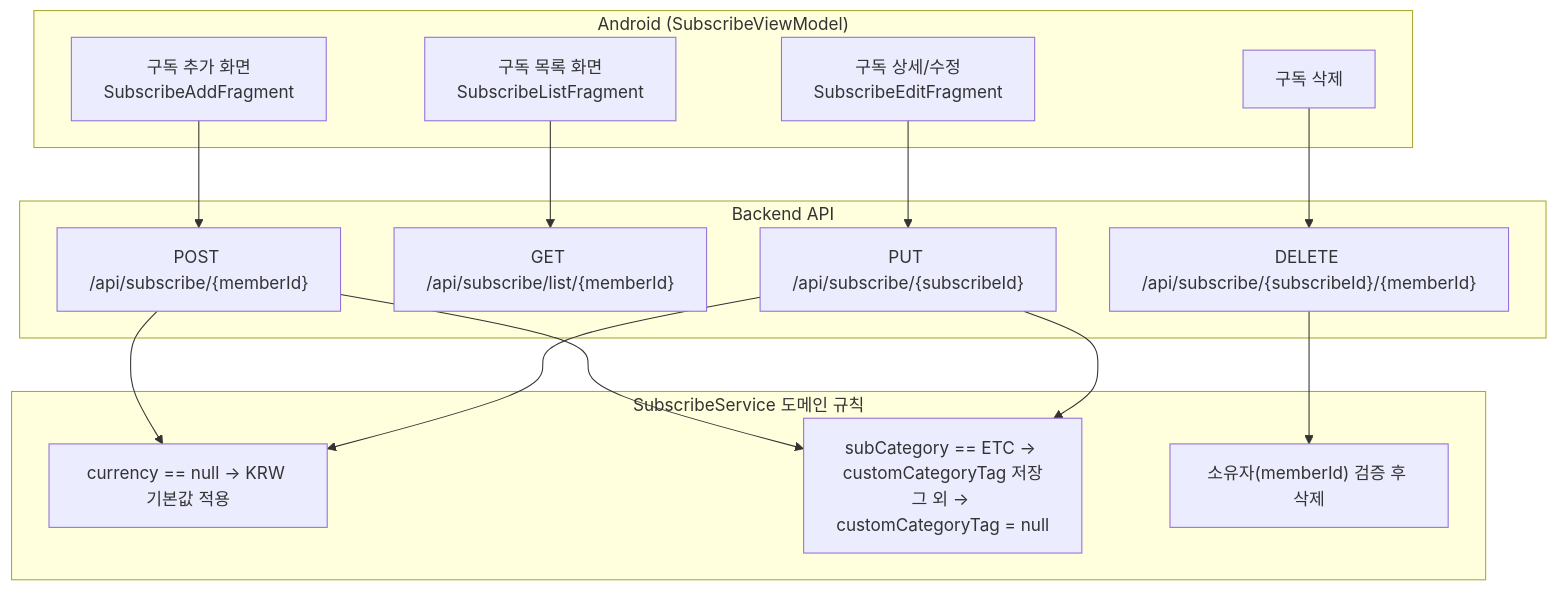
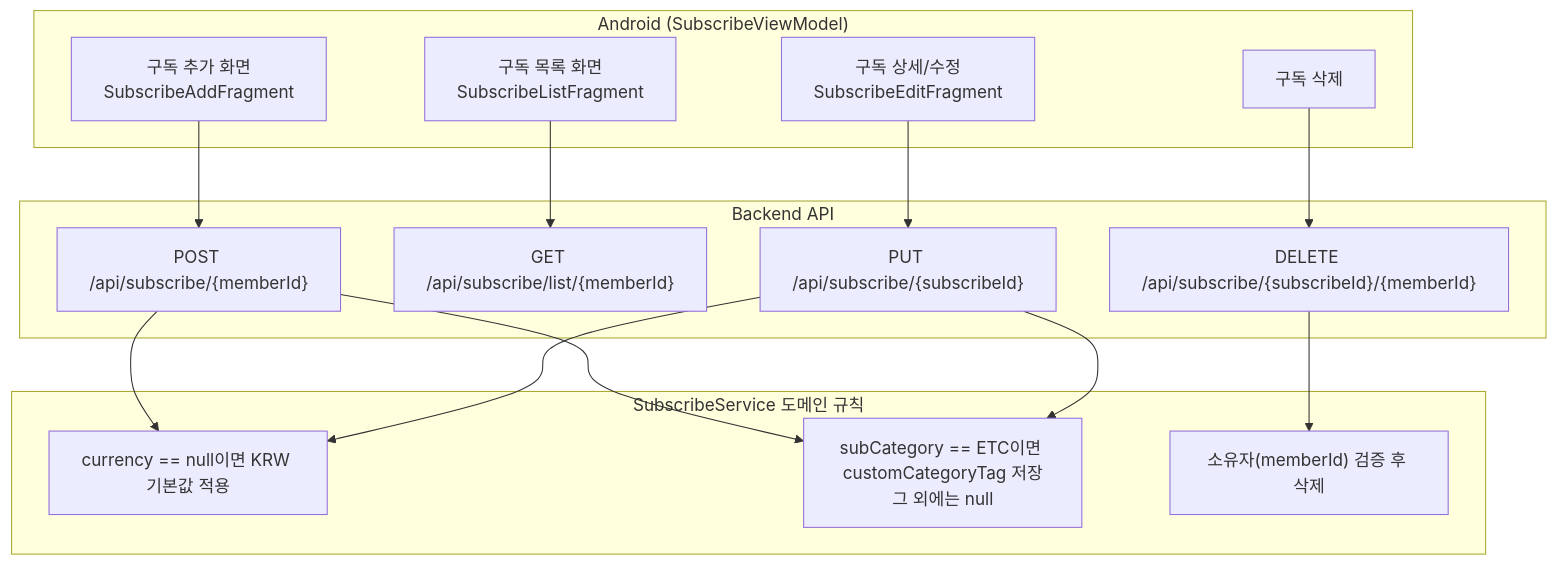
The fifth of 8 diagrams in public/flows/DalmoaFlow.md (JamongFriend/jamongfriend.github.io), drawn with Mermaid before and after one commit. The commit also changed other lines of this file and 4 other files, not shown here.

Commit message:
refactor: mermaid 스크립트 오류 수정

````diff
--- a/public/flows/DalmoaFlow.md
+++ b/public/flows/DalmoaFlow.md
@@ -153,27 +153,27 @@
 ```mermaid
 flowchart TD
     subgraph Android["Android (SubscribeViewModel)"]
         A1["구독 추가 화면\nSubscribeAddFragment"]
         A2["구독 목록 화면\nSubscribeListFragment"]
         A3["구독 상세/수정\nSubscribeEditFragment"]
         A4["구독 삭제"]
     end
 
     subgraph API["Backend API"]
         B1["POST /api/subscribe/{memberId}"]
         B2["GET /api/subscribe/list/{memberId}"]
         B3["PUT /api/subscribe/{subscribeId}"]
         B4["DELETE /api/subscribe/{subscribeId}/{memberId}"]
     end
 
     subgraph Logic["SubscribeService 도메인 규칙"]
-        C1["currency == null → KRW 기본값 적용"]
-        C2["subCategory == ETC → customCategoryTag 저장\n그 외 → customCategoryTag = null"]
+        C1["currency == null이면 KRW 기본값 적용"]
+        C2["subCategory == ETC이면 customCategoryTag 저장<br/>그 외에는 null"]
         C3["소유자(memberId) 검증 후 삭제"]
     end
 
     A1 --> B1 --> C1 & C2
     A2 --> B2
     A3 --> B3 --> C1 & C2
     A4 --> B4 --> C3
 ```
````
